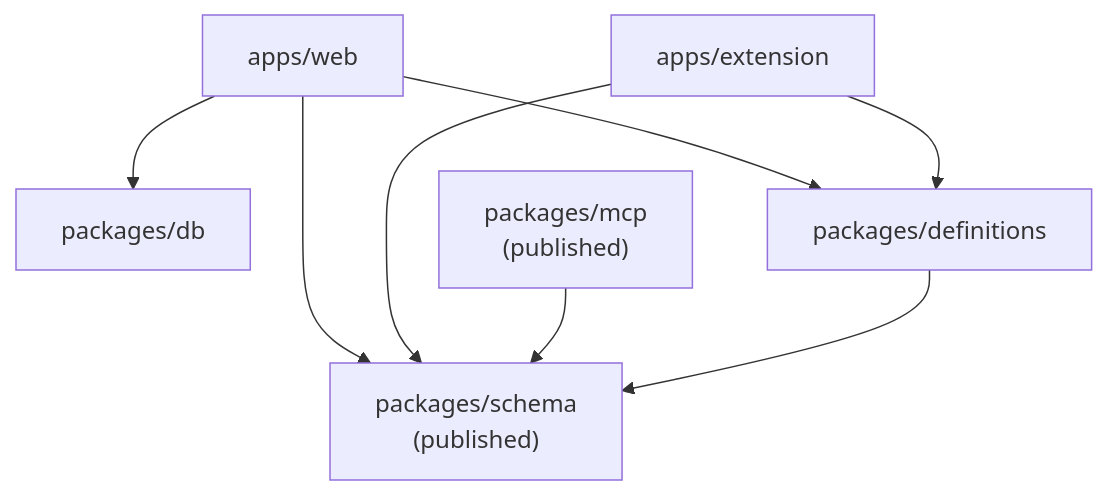
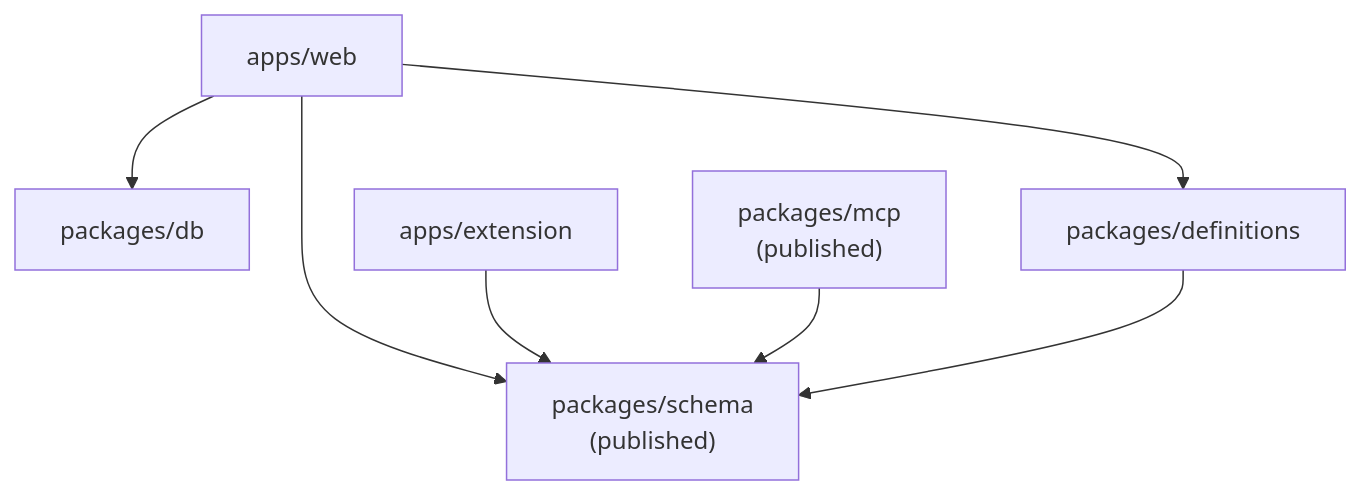
One commit to robertn702/webmcp-today changed the second of 5 diagrams in ARCHITECTURE.md. Above: the diagram before and after it, drawn with Mermaid. The commit also changed other lines of this file and 1 other file, not shown here.

````diff
--- a/ARCHITECTURE.md
+++ b/ARCHITECTURE.md
@@ -73,17 +72,16 @@
 ```mermaid
 flowchart TD
     schema["packages/schema<br/>(published)"]
     db["packages/db"]
     defs["packages/definitions"]
     web["apps/web"]
     ext["apps/extension"]
     mcp["packages/mcp<br/>(published)"]
 
     web --> schema
     web --> db
     web --> defs
     ext --> schema
-    ext --> defs
     mcp --> schema
     defs --> schema
 ```
````
